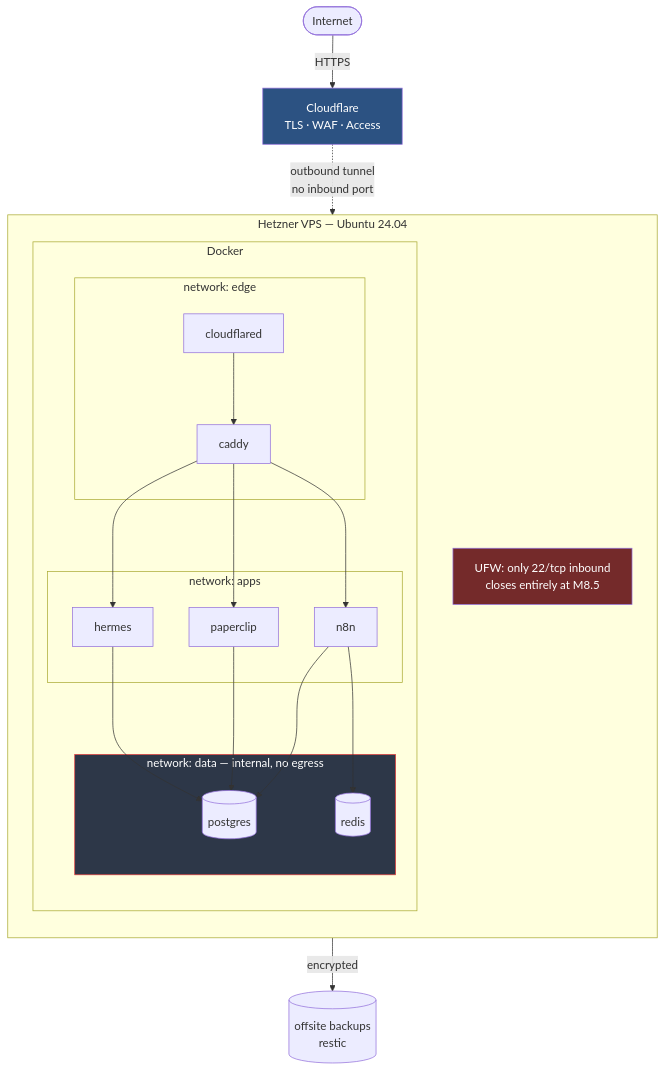
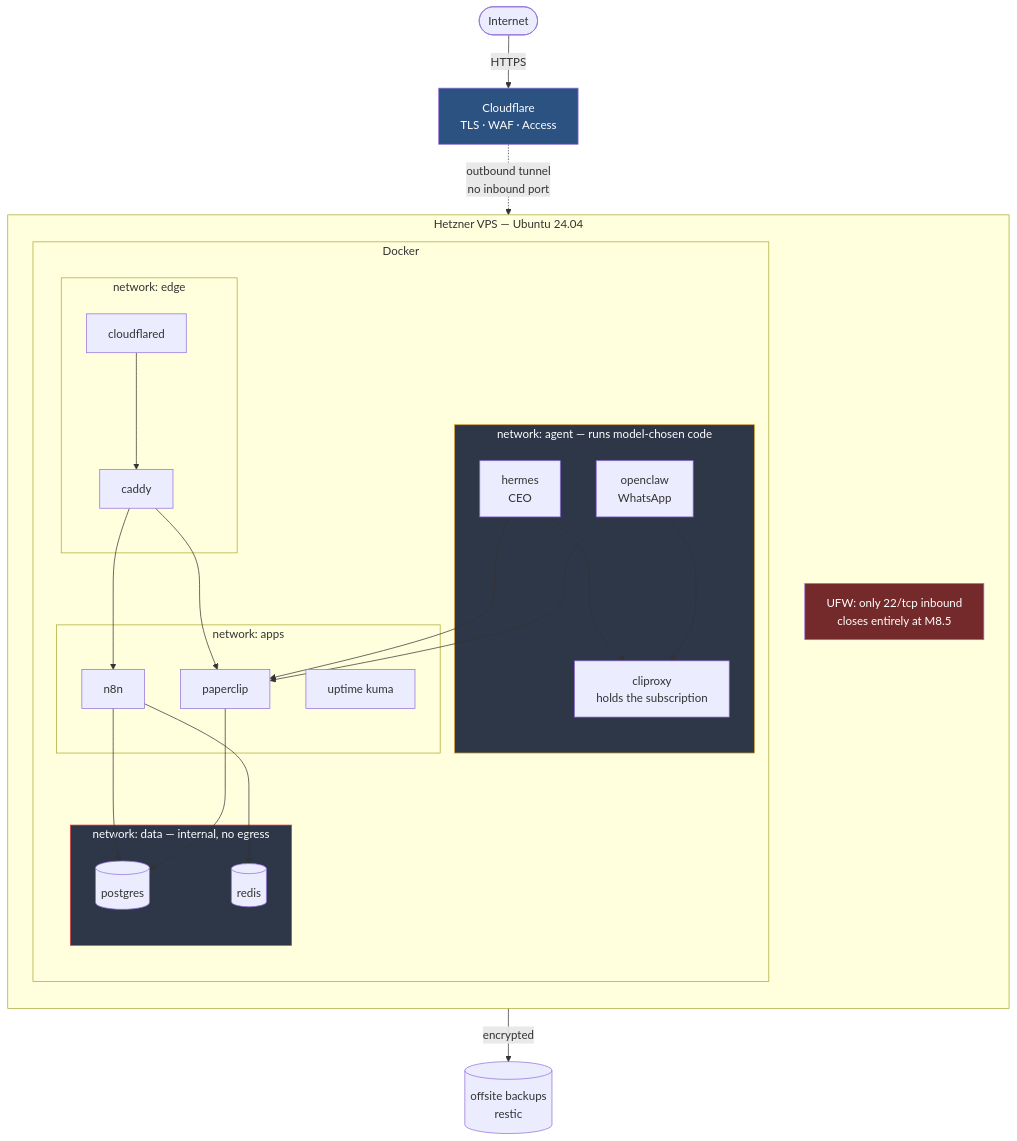
One commit to Max-imalgutaussehend/life-server changed the diagram in README.md. Above: the diagram before and after it, drawn with Mermaid. The commit also changed other lines of this file and 2 other files, not shown here.

````diff
--- a/README.md
+++ b/README.md
@@ -37,47 +43,56 @@
 ```mermaid
 graph TB
     Client([Internet])
     CF[Cloudflare<br/>TLS · WAF · Access]
     Client -->|HTTPS| CF
 
     subgraph VPS["Hetzner VPS — Ubuntu 24.04"]
         direction TB
         UFW["UFW: only 22/tcp inbound<br/>closes entirely at M8.5"]
 
         subgraph Docker["Docker"]
             direction TB
 
             subgraph EdgeNet["network: edge"]
                 CFD[cloudflared]
                 CADDY[caddy]
             end
 
             subgraph AppsNet["network: apps"]
                 N8N[n8n]
                 PC[paperclip]
-                HER[hermes]
+                KUMA[uptime kuma]
+            end
+
+            subgraph AgentNet["network: agent — runs model-chosen code"]
+                HER[hermes<br/>CEO]
+                OC[openclaw<br/>WhatsApp]
+                PROXY[cliproxy<br/>holds the subscription]
             end
 
             subgraph DataNet["network: data — internal, no egress"]
                 PG[(postgres)]
                 RD[(redis)]
             end
 
             CFD --> CADDY
             CADDY --> N8N
             CADDY --> PC
-            CADDY --> HER
             N8N --> PG
             PC --> PG
-            HER --> PG
             N8N --> RD
+            HER --> PROXY
+            OC --> PROXY
+            HER --> PC
+            OC --> PC
         end
     end
 
     CF -.->|outbound tunnel<br/>no inbound port| CFD
     Docker -->|encrypted| BK[(offsite backups<br/>restic)]
 
     style DataNet fill:#2d3748,stroke:#e53e3e,color:#fff
+    style AgentNet fill:#2d3748,stroke:#d69e2e,color:#fff
     style UFW fill:#742a2a,color:#fff
     style CF fill:#2c5282,color:#fff
 ```
````
